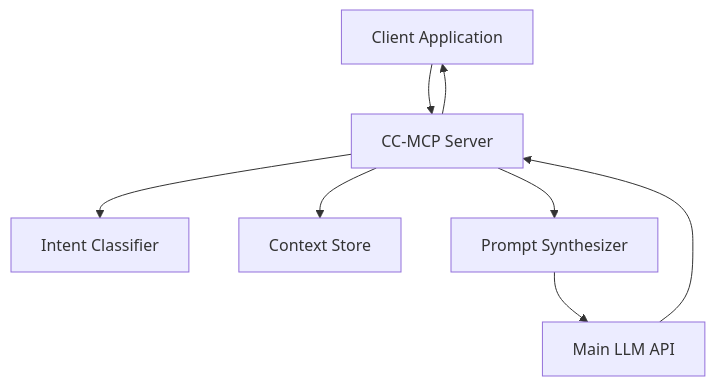
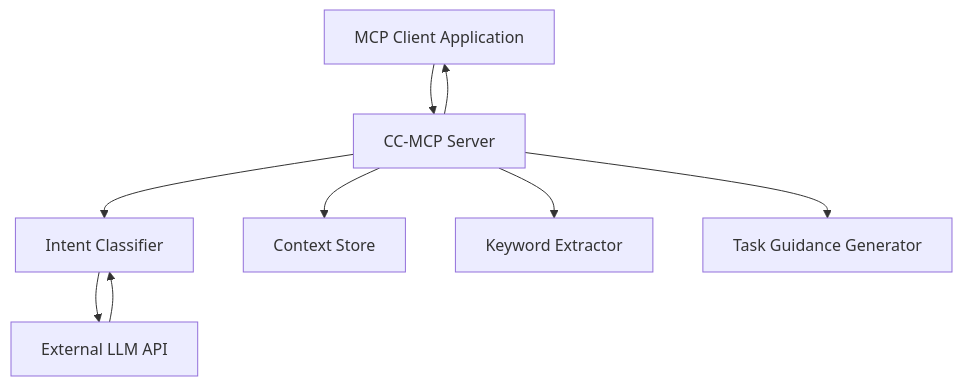
One commit to Beginnersguide138/cc-mcp changed the diagram in README.md. Above: the diagram before and after it, drawn with Mermaid. The commit also changed other lines of this file and 2 other files, not shown here.

````diff
--- a/README.md
+++ b/README.md
@@ -485,10 +134,11 @@
 ```mermaid
 graph TD
-    A[Client Application] --> B[CC-MCP Server]
+    A[MCP Client Application] --> B[CC-MCP Server]
     B --> C[Intent Classifier]
-    B --> D[Context Store]
-    B --> E[Prompt Synthesizer]
-    E --> F[Main LLM API]
-    F --> B
+    B --> D[Context Store] 
+    B --> E[Keyword Extractor]
+    B --> F[Task Guidance Generator]
     B --> A
+    C --> G[External LLM API]
+    G --> C
 ```
````
